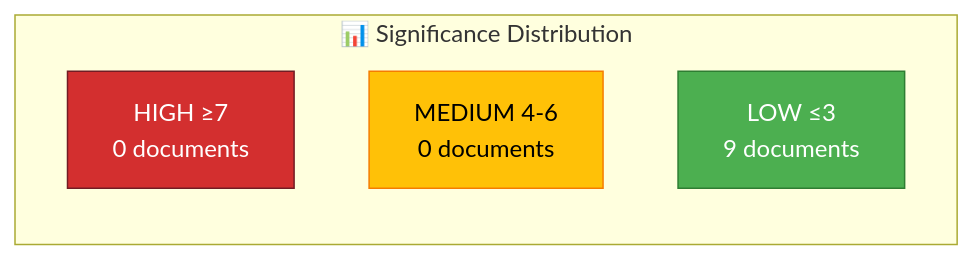
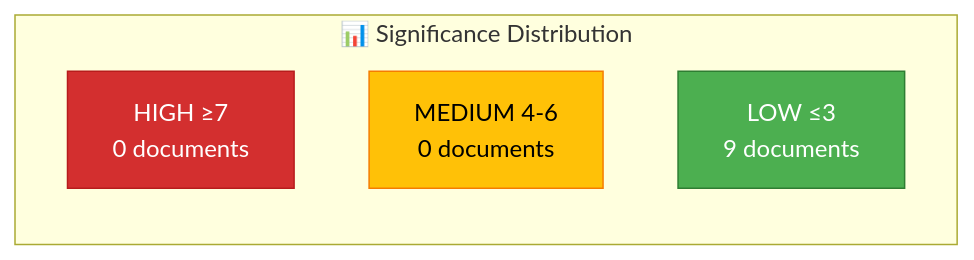
One commit to Hack23/riksdagsmonitor changed the diagram in analysis/daily/2026-04-07/realtime-1411/significance-scoring.md. Above: the diagram before and after it, drawn with Mermaid. The commit also changed 121 other files, not shown here.

````diff
--- a/analysis/daily/2026-04-07/realtime-1411/significance-scoring.md
+++ b/analysis/daily/2026-04-07/realtime-1411/significance-scoring.md
@@ -17,11 +17,11 @@
 ```mermaid
 graph LR
     subgraph "📊 Significance Distribution"
         HIGH["HIGH ≥7<br>0 documents"]
         MED["MEDIUM 4-6<br>0 documents"]
         LOW["LOW ≤3<br>9 documents"]
     end
-    style HIGH fill:#D32F2F,stroke:#721c24,color:#FFFFFF
+    style HIGH fill:#D32F2F,stroke:#B71C1C,color:#FFFFFF
     style MED fill:#FFC107,stroke:#F57C00,color:#000000
     style LOW fill:#4CAF50,stroke:#2E7D32,color:#FFFFFF
 ```
````
